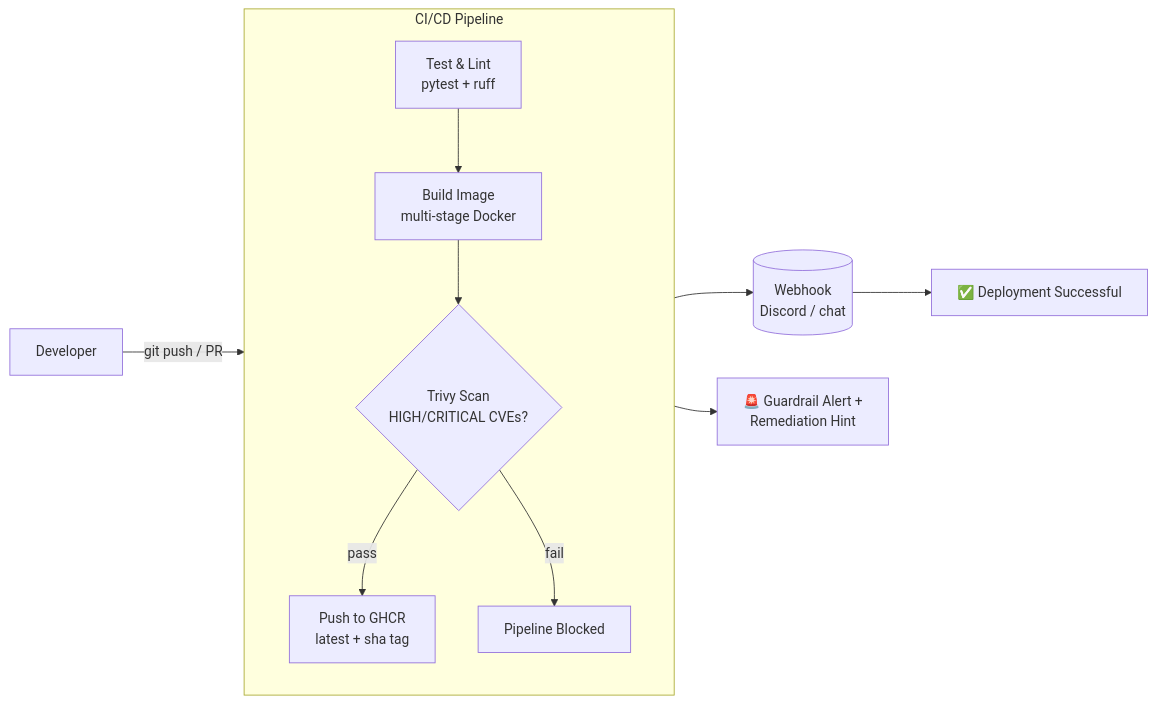
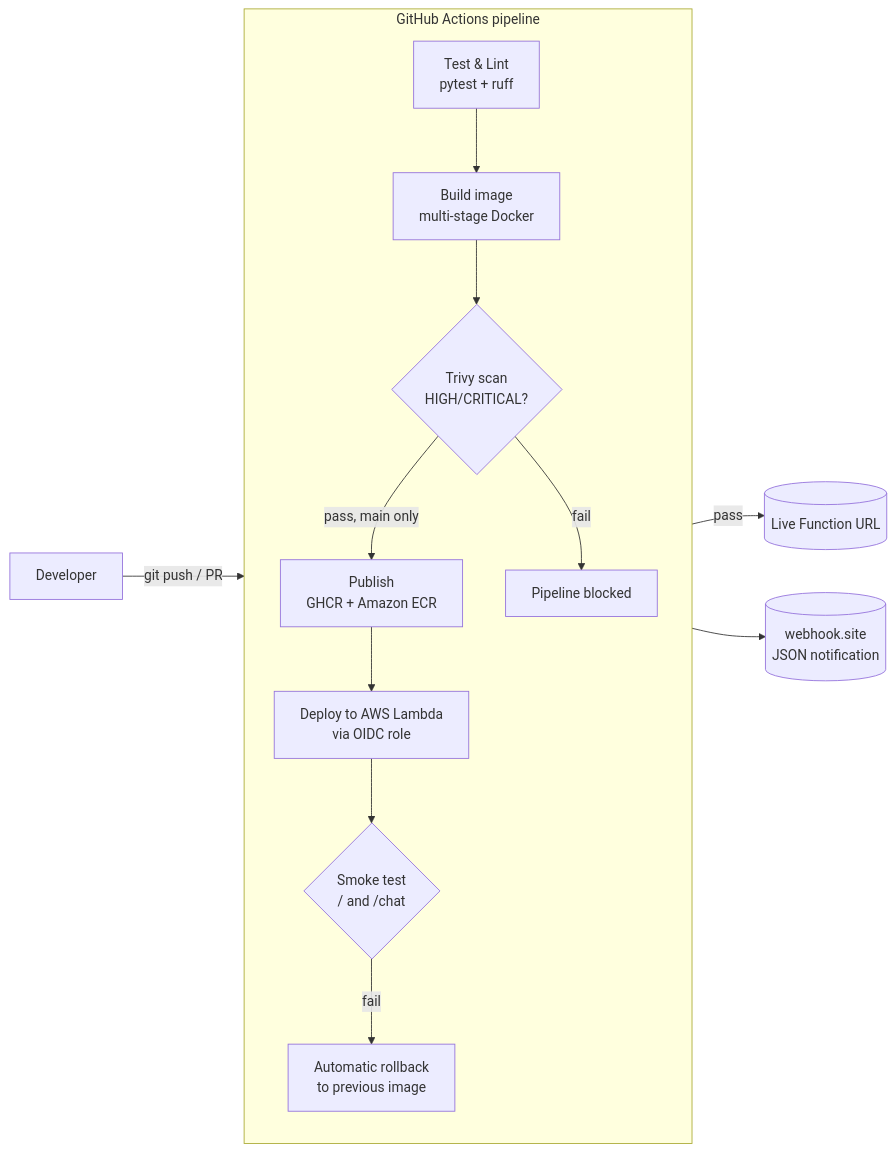
The diagram in README.md (ANUJ7MADKE/chatbot-cicd-pipeline), drawn with Mermaid before and after one commit. The commit also changed other lines of this file, not shown here.

Commit message:
docs: document Lambda deployment, webhook.site notifications and demo branches

````diff
--- a/README.md
+++ b/README.md
@@ -7,16 +7,18 @@
 ```mermaid
 flowchart LR
-    Dev[Developer] -->|git push / PR| GH[GitHub Actions]
+    Dev[Developer] -->|git push / PR| GH
 
-    subgraph GH[CI/CD Pipeline]
+    subgraph GH[GitHub Actions pipeline]
         direction TB
-        T[Test & Lint<br/>pytest + ruff] --> B[Build Image<br/>multi-stage Docker]
-        B --> V{Trivy Scan<br/>HIGH/CRITICAL CVEs?}
-        V -->|pass| P[Push to GHCR<br/>latest + sha tag]
-        V -->|fail| X[Pipeline Blocked]
+        T[Test & Lint<br/>pytest + ruff] --> B[Build image<br/>multi-stage Docker]
+        B --> V{Trivy scan<br/>HIGH/CRITICAL?}
+        V -->|pass, main only| P[Publish<br/>GHCR + Amazon ECR]
+        V -->|fail| X[Pipeline blocked]
+        P --> D[Deploy to AWS Lambda<br/>via OIDC role]
+        D --> S{Smoke test<br/>/ and /chat}
+        S -->|fail| R[Automatic rollback<br/>to previous image]
     end
 
-    P --> W[(Webhook<br/>Discord / chat)]
-    W --> N1[✅ Deployment Successful]
-    X --> N2[🚨 Guardrail Alert +<br/>Remediation Hint]
+    S -->|pass| L[(Live Function URL)]
+    GH --> W[(webhook.site<br/>JSON notification)]
 ```
````
